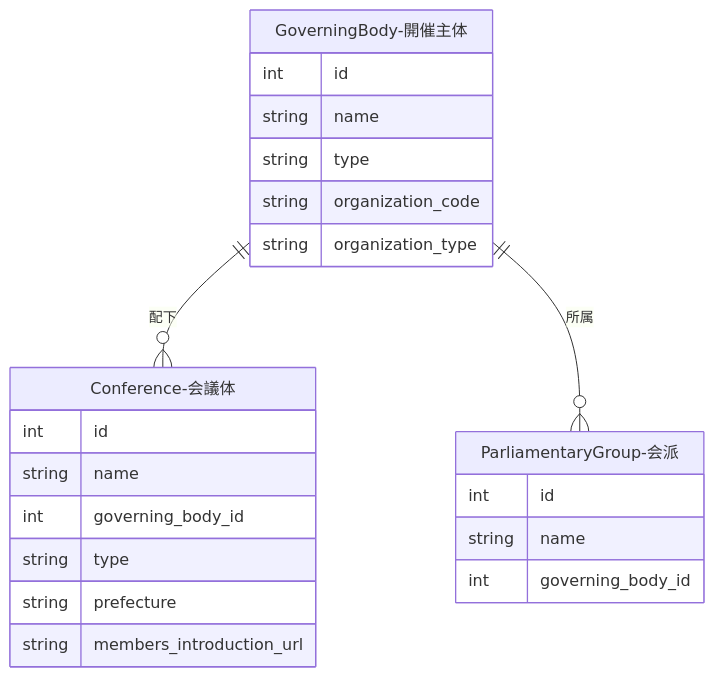
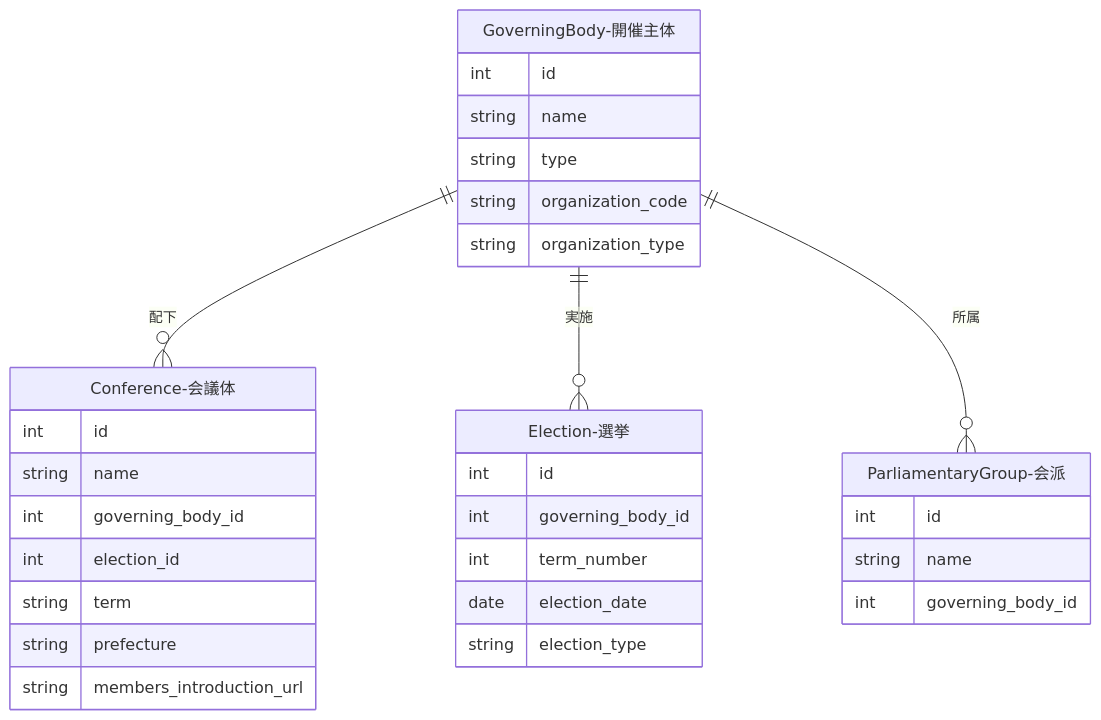
Before and after one commit to sage-base/corporation-docs: the diagram in docs/development/data-creation/governing-body.md, drawn with Mermaid. The commit also changed other lines of this file and 4 other files, not shown here.

````diff
--- a/docs/development/data-creation/governing-body.md
+++ b/docs/development/data-creation/governing-body.md
@@ -24,28 +24,38 @@
 ```mermaid
 erDiagram
     GoverningBody-開催主体 ||--o{ Conference-会議体 : "配下"
+    GoverningBody-開催主体 ||--o{ Election-選挙 : "実施"
     GoverningBody-開催主体 ||--o{ ParliamentaryGroup-会派 : "所属"
 
     GoverningBody-開催主体 {
         int id
         string name
         string type
         string organization_code
         string organization_type
     }
 
+    Election-選挙 {
+        int id
+        int governing_body_id
+        int term_number
+        date election_date
+        string election_type
+    }
+
     Conference-会議体 {
         int id
         string name
         int governing_body_id
-        string type
+        int election_id
+        string term
         string prefecture
         string members_introduction_url
     }
 
     ParliamentaryGroup-会派 {
         int id
         string name
         int governing_body_id
     }
 ```
````
